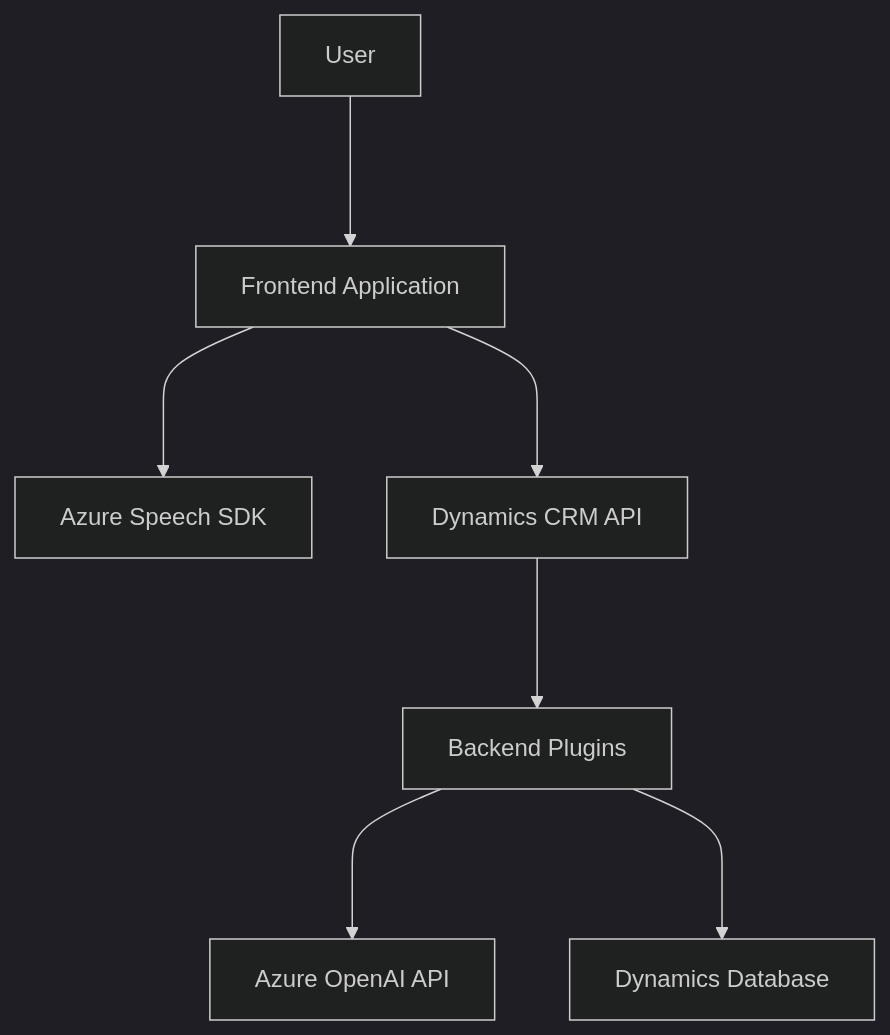
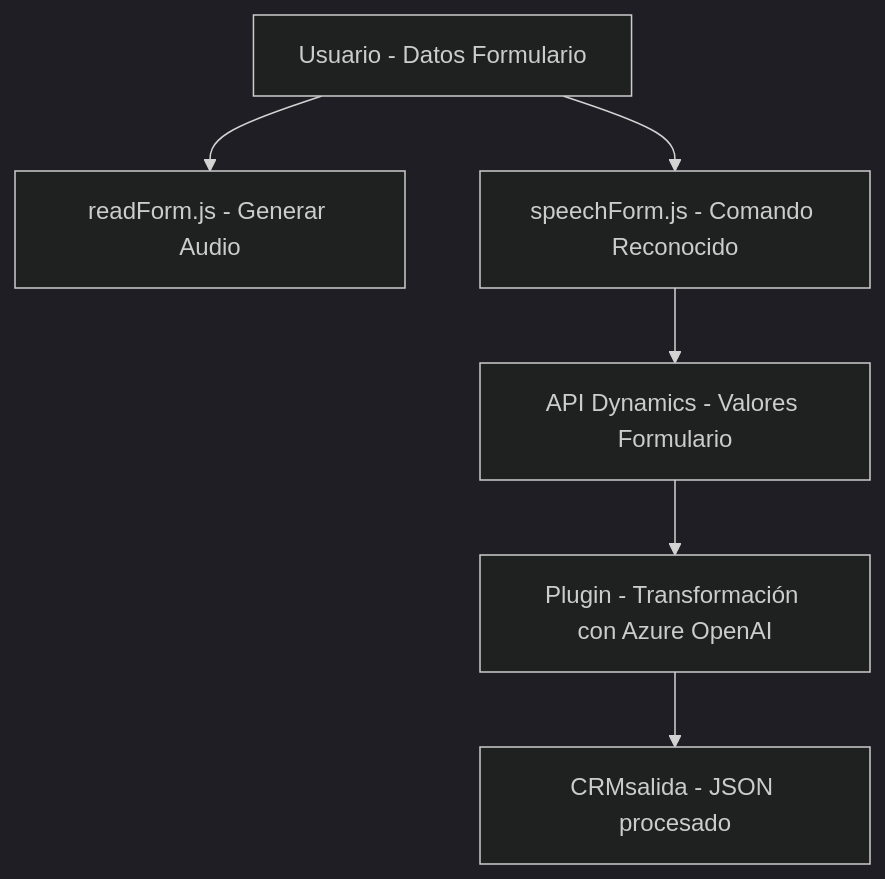
One commit to blopezdm/NETCORE_BILBAO2025 changed the diagram in README.md. Above: the diagram before and after it, drawn with Mermaid (dark theme). The commit also changed other lines of this file, not shown here.

Commit message:
Actualizar análisis global de la solución con IA

````diff
--- a/README.md
+++ b/README.md
@@ -36,9 +49,8 @@
 ```mermaid
 graph TD
-    A["User"] ---> B["Frontend Application"]
-    B ---> C["Azure Speech SDK"]
-    B ---> D["Dynamics CRM API"]
-    D ---> E["Backend Plugins"]
-    E ---> F["Azure OpenAI API"]
-    E ---> G["Dynamics Database"]
+    A["Usuario - Datos Formulario"] --> B["readForm.js - Generar Audio"]
+    A --> C["speechForm.js - Comando Reconocido"]
+    C --> D["API Dynamics - Valores Formulario"]
+    D --> E["Plugin - Transformación con Azure OpenAI"]
+    E --> F["CRMsalida - JSON procesado"]
 ```
````
